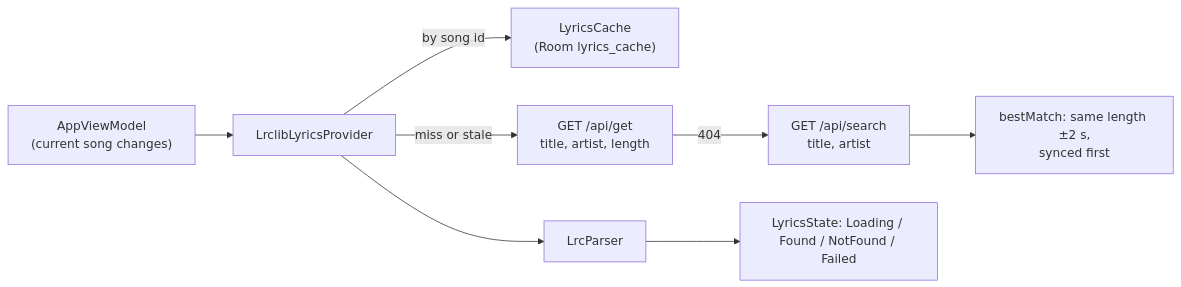
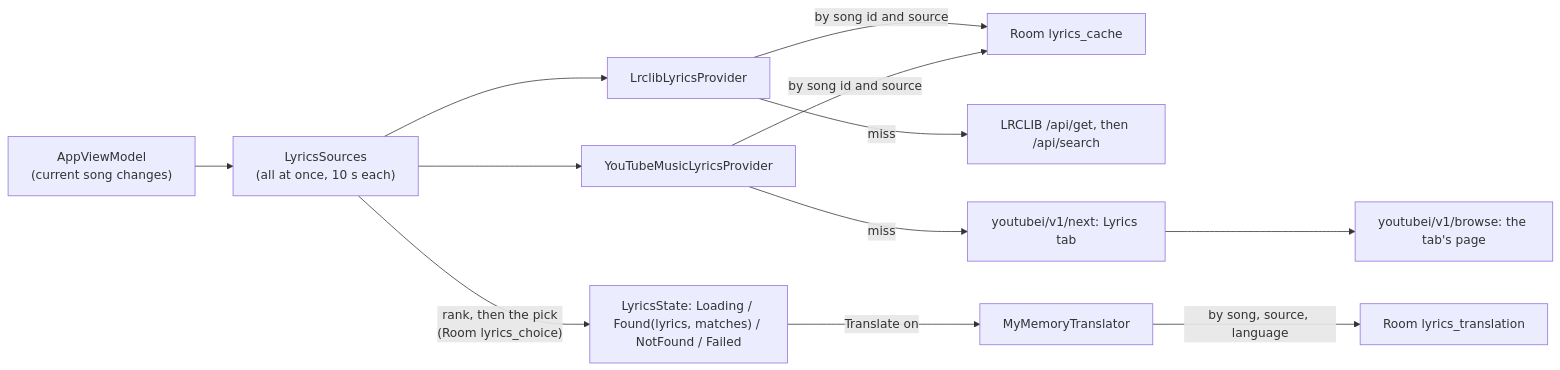
The fifth of 8 diagrams in docs/ARCHITECTURE.md (muhib-karim/sitara), drawn with Mermaid before and after one commit. The commit also changed other lines of this file and 35 other files, not shown here.

Commit message:
docs: polish slice 9 (lyrics II): baselines from Record screenshots 39623292502, CHANGELOG, README, PARITY, ARCHITECTURE (sources, ranking, caches, translation and their terms), NOTICE, SKILLS_USED, report and project brain

````diff
--- a/docs/ARCHITECTURE.md
+++ b/docs/ARCHITECTURE.md
@@ -259,9 +259,10 @@
 ```mermaid
 flowchart LR
-    vm["AppViewModel<br/>(current song changes)"] --> p["LrclibLyricsProvider"]
-    p -->|"by song id"| c["LyricsCache<br/>(Room lyrics_cache)"]
-    p -->|"miss or stale"| g["GET /api/get<br/>title, artist, length"]
-    g -->|404| s["GET /api/search<br/>title, artist"]
-    s --> m["bestMatch: same length ±2 s,<br/>synced first"]
-    p --> lrc["LrcParser"] --> ui["LyricsState: Loading / Found / NotFound / Failed"]
+    vm["AppViewModel<br/>(current song changes)"] --> ls["LyricsSources<br/>(all at once, 10 s each)"]
+    ls --> lr["LrclibLyricsProvider"] & yt["YouTubeMusicLyricsProvider"]
+    lr & yt -->|"by song id and source"| c["Room lyrics_cache"]
+    lr -->|"miss"| g["LRCLIB /api/get, then /api/search"]
+    yt -->|"miss"| n["youtubei/v1/next: Lyrics tab"] --> b["youtubei/v1/browse: the tab's page"]
+    ls -->|"rank, then the pick<br/>(Room lyrics_choice)"| ui["LyricsState: Loading / Found(lyrics, matches) / NotFound / Failed"]
+    ui -->|"Translate on"| t["MyMemoryTranslator"] -->|"by song, source, language"| tc["Room lyrics_translation"]
 ```
````
